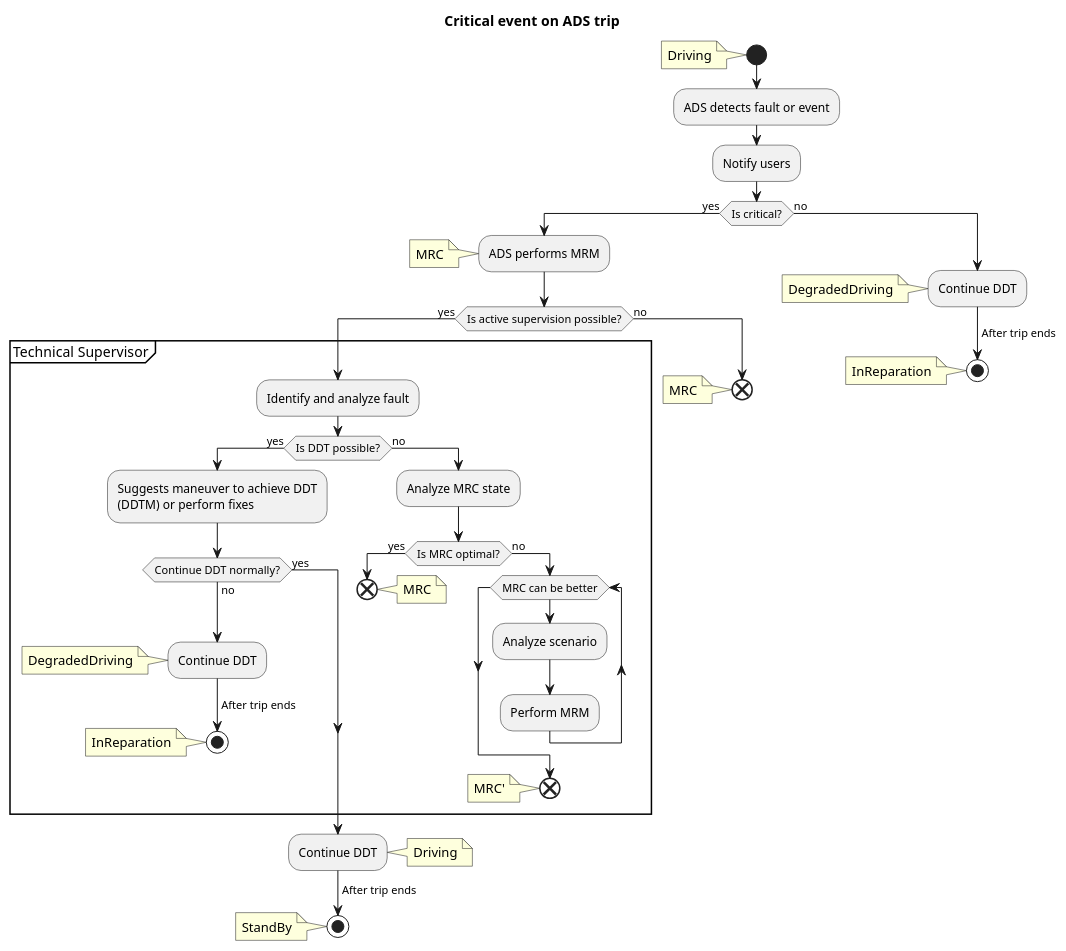
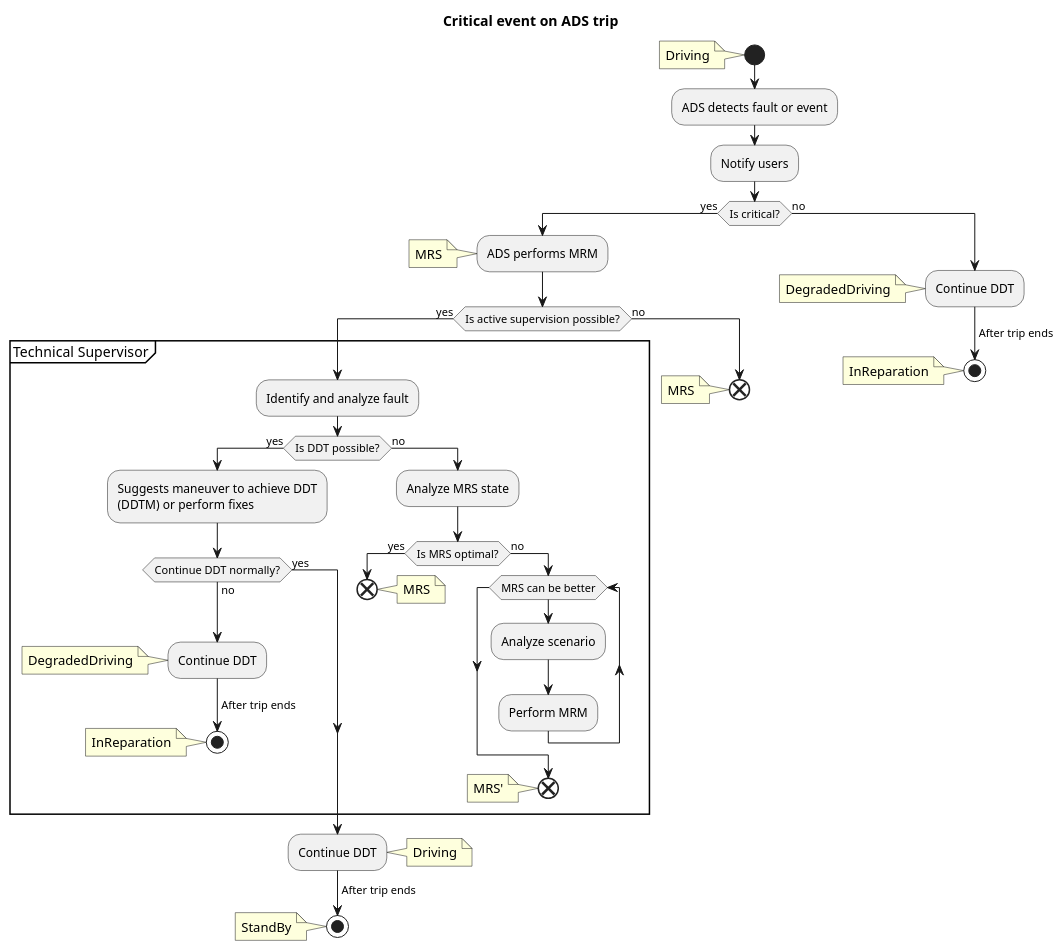
One commit to bruno-motorai/uml changed the diagram in vehicles/elevated_risk_situation_v2.pu. Above: the diagram before and after it, drawn with PlantUML. The commit also changed 3 other files, not shown here.

Commit message:
Use MRS instead of MRC

```diff
--- a/vehicles/elevated_risk_situation_v2.pu
+++ b/vehicles/elevated_risk_situation_v2.pu
@@ -1,78 +1,78 @@
 @startuml "ADS fault"
 <style>
 note {
   .red {
         BackgroundColor red
    }
 }
 </style>
 
 skinparam ConditionEndStyle hline
 title Critical event on ADS trip
 
 start
 note left: Driving
 
 :ADS detects fault or event;
 :Notify users;
 
 if (Is critical?) equals(yes) then
     :ADS performs MRM;
-    note left: MRC
+    note left: MRS
 
     if(Is active supervision possible?) equals (yes) then
 
         group Technical Supervisor
             :Identify and analyze fault;
 
             if(Is DDT possible?) equals (yes) then
                 :Suggests maneuver to achieve DDT
                 (DDTM) or perform fixes;
 
                 if (Continue DDT normally?) equals (yes) then
                 else (no)
                     label aux_label
                     :Continue DDT;
                     note left: DegradedDriving
                     -> After trip ends;
                     stop
                     note left: InReparation
                 endif
                 
             else (no)
-                :Analyze MRC state;
-                if (Is MRC optimal?) equals (yes) then
+                :Analyze MRS state;
+                if (Is MRS optimal?) equals (yes) then
                     end
-                    note right: MRC
+                    note right: MRS
                 else (no)
-                    while (MRC can be better)
+                    while (MRS can be better)
                         :Analyze scenario;
                         :Perform MRM;
                     endwhile
                     end
-                    note left: MRC'
+                    note left: MRS'
                 endif
             endif
 
             
         end group                
         
         :Continue DDT;
         note right: Driving
         -> After trip ends;
         stop
         note left: StandBy
     else (no)
         label space_label
         end
-        note left: MRC
+        note left: MRS
     endif
 else (no)
     label degraded_ddt
     :Continue DDT;
     note left: DegradedDriving
     -> After trip ends;
     stop
     note left: InReparation
 endif
 @enduml
```
